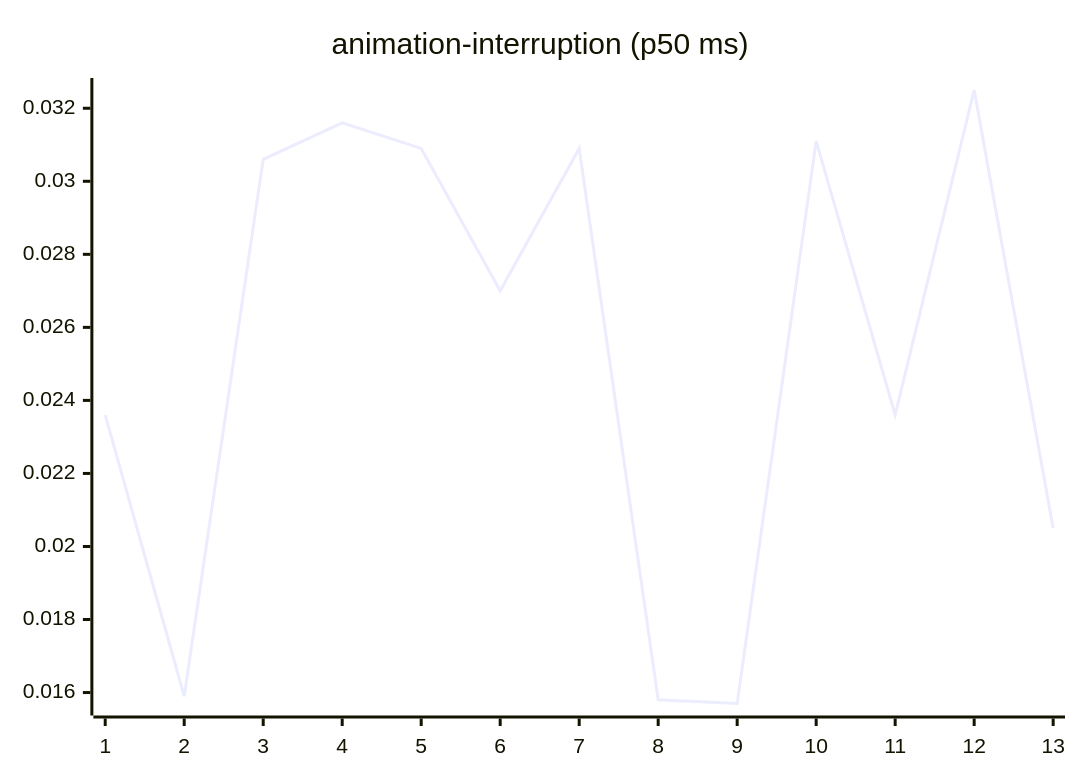
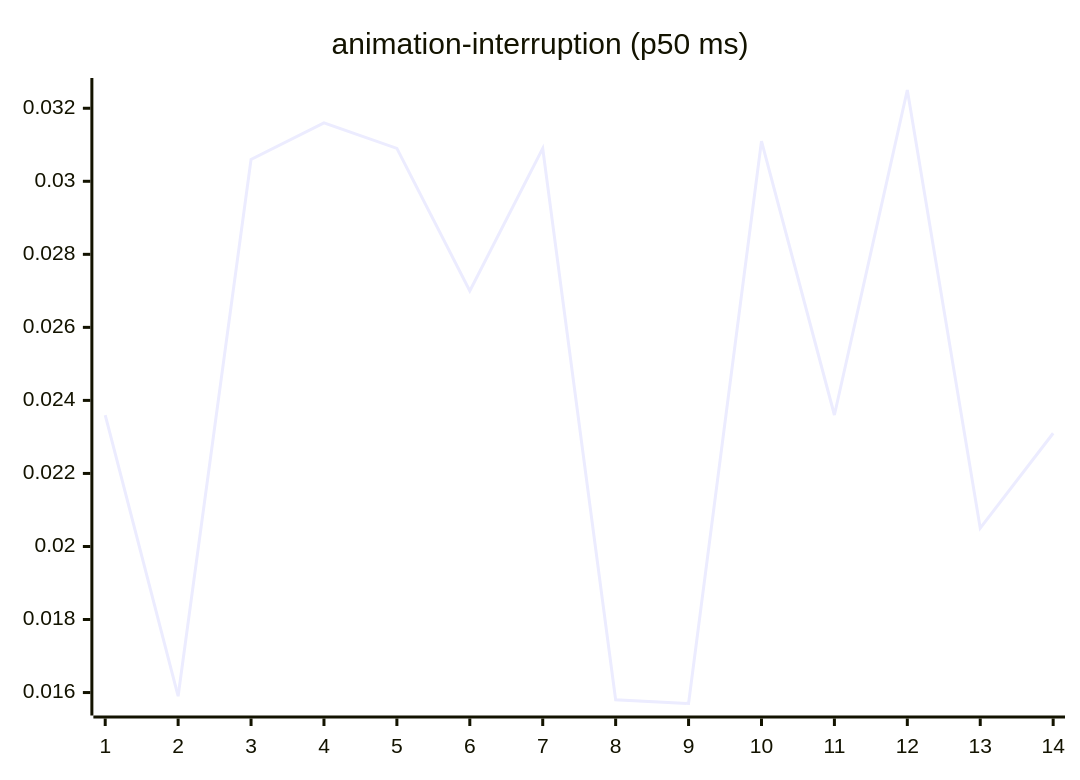
Before and after one commit to josha/Facet: the third of 27 diagrams in README.md, drawn with Mermaid. The commit also changed other lines of this file and 2 other files, not shown here.

````diff
--- a/README.md
+++ b/README.md
@@ -77,6 +77,6 @@
 ```mermaid
 xychart-beta
     title "animation-interruption (p50 ms)"
-    x-axis 1 --> 13
-    line [0.0236, 0.0159, 0.0306, 0.0316, 0.0309, 0.0270, 0.0309, 0.0158, 0.0157, 0.0311, 0.0236, 0.0325, 0.0205]
+    x-axis 1 --> 14
+    line [0.0236, 0.0159, 0.0306, 0.0316, 0.0309, 0.0270, 0.0309, 0.0158, 0.0157, 0.0311, 0.0236, 0.0325, 0.0205, 0.0231]
 ```
````
